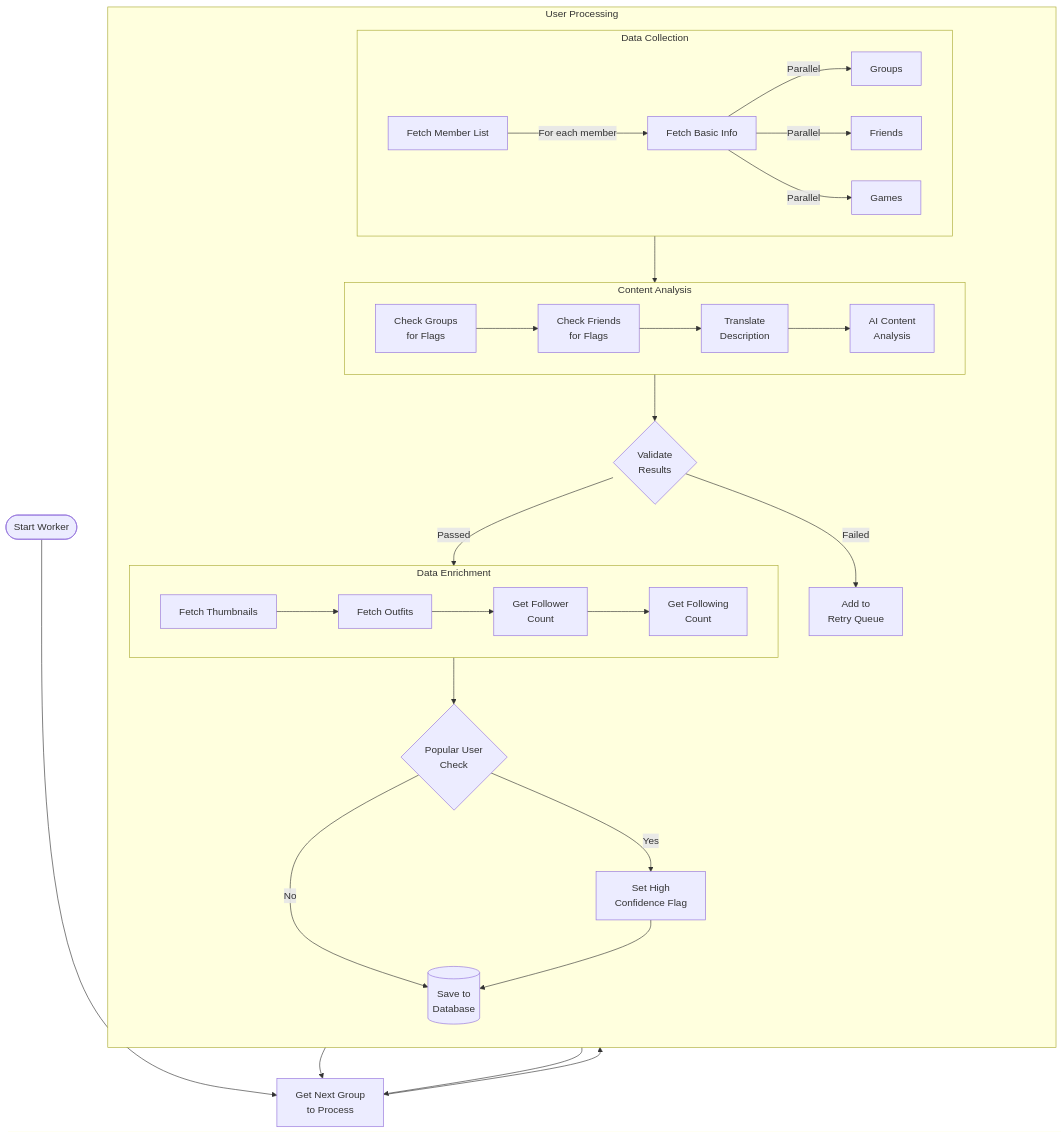
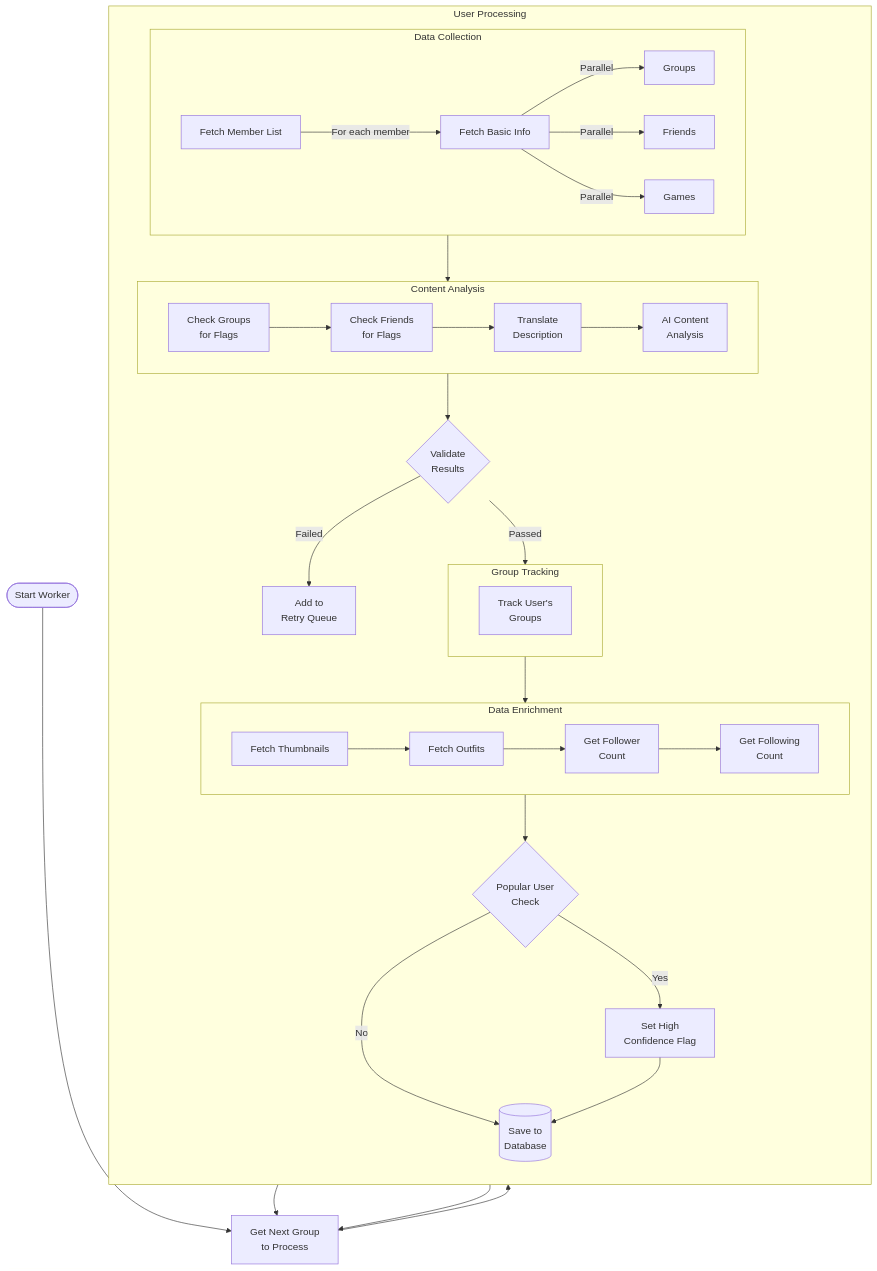
The second of 6 diagrams in README.md (robalyx/rotector), drawn with Mermaid before and after one commit. The commit also changed other lines of this file, not shown here.

````diff
--- a/README.md
+++ b/README.md
@@ -180,44 +186,50 @@
 ```mermaid
 flowchart TB
     Start([Start Worker]) --> GetGroup[Get Next Group<br>to Process]
     
     subgraph Processing [User Processing]
         direction TB
         subgraph DataCollection [Data Collection]
             direction LR
             FetchMembers[Fetch Member List] --> |For each member| FetchInfo[Fetch Basic Info]
             FetchInfo --> |Parallel| GetGroups[Groups]
             FetchInfo --> |Parallel| GetFriends[Friends]
             FetchInfo --> |Parallel| GetGames[Games]
         end
         
         subgraph Analysis [Content Analysis]
             direction LR
             GroupCheck[Check Groups<br>for Flags] --> FriendCheck[Check Friends<br>for Flags] --> Translate[Translate<br>Description] --> AICheck[AI Content<br>Analysis]
         end
         
         DataCollection --> Analysis
         
         Analysis --> Validation{Validate<br>Results}
         
         Validation -->|Failed| RetryQueue[Add to<br>Retry Queue]
+
+        subgraph GroupTracking [Group Tracking]
+            direction LR
+            TrackGroups[Track User's<br>Groups]
+        end
         
         subgraph EnrichData [Data Enrichment]
             direction LR
             GetThumbnails[Fetch Thumbnails] --> GetOutfits[Fetch Outfits]
             GetOutfits --> GetFollowers[Get Follower<br>Count]
             GetFollowers --> GetFollowing[Get Following<br>Count]
         end
         
-        Validation -->|Passed| EnrichData
+        Validation -->|Passed| GroupTracking
+        GroupTracking --> EnrichData
         
         EnrichData --> PopularCheck{Popular User<br>Check}
         PopularCheck -->|Yes| HighConfidence[Set High<br>Confidence Flag]
         PopularCheck -->|No| SaveDB[(Save to<br>Database)]
         HighConfidence --> SaveDB
     end
     
     GetGroup --> Processing
     RetryQueue --> GetGroup
     SaveDB --> GetGroup
 ```
````
